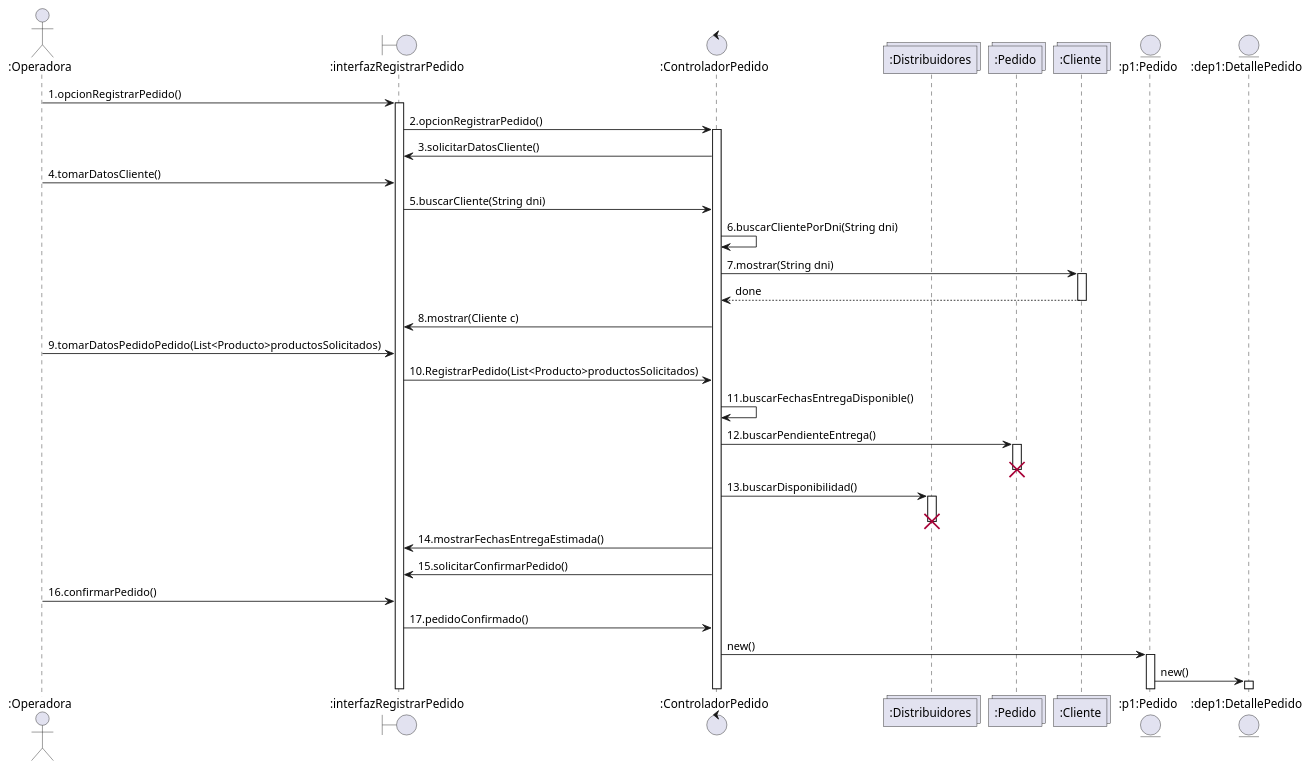
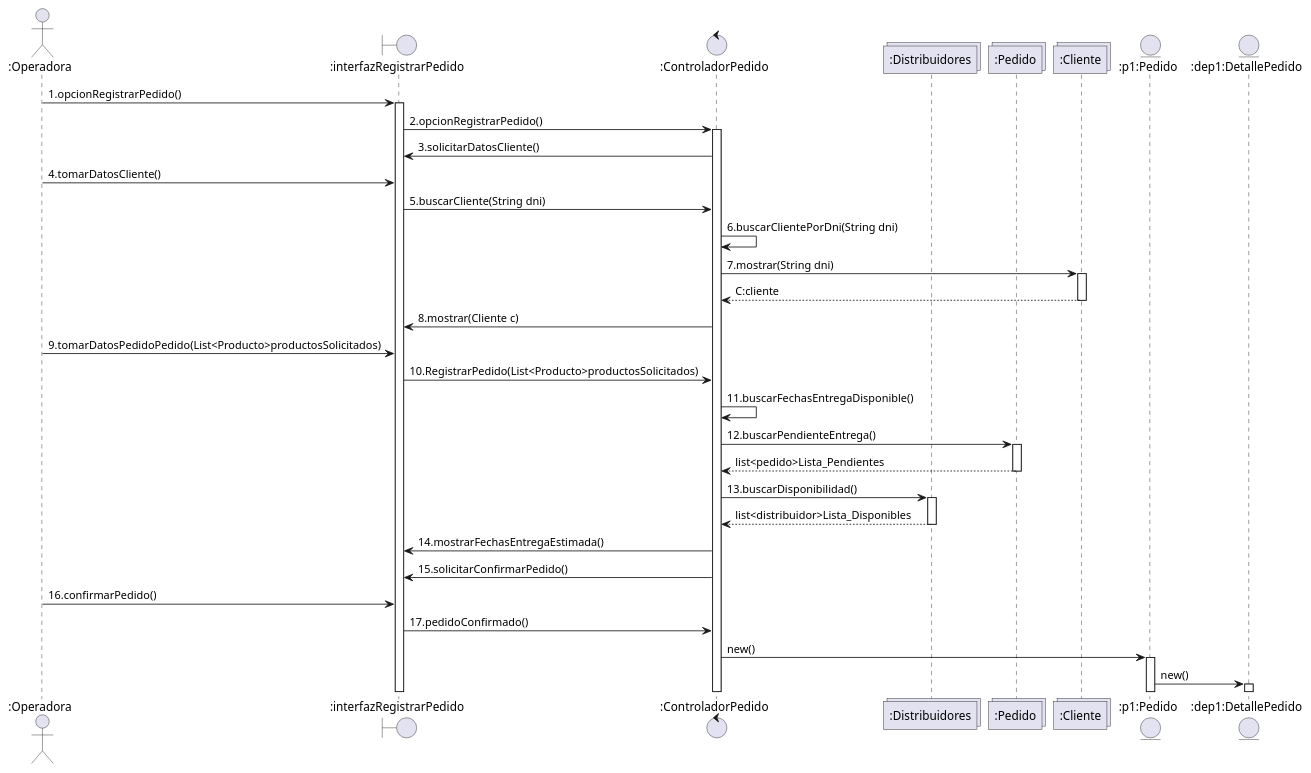
The diagram in Java/src/Final/Diagramas/Diagrama-de-Secuncia.puml (SecondPort/DOO1), drawn with PlantUML before and after one commit.

```diff
--- a/Java/src/Final/Diagramas/Diagrama-de-Secuncia.puml
+++ b/Java/src/Final/Diagramas/Diagrama-de-Secuncia.puml
@@ -1,43 +1,45 @@
 @startuml Registro-Pedidos
 
 actor ":Operadora" as O
 boundary ":interfazRegistrarPedido" as RP
 control ":ControladorPedido" as CP
 collections ":Distribuidores" as D
 collections ":Pedido" as P
 collections ":Cliente" as C
 entity ":p1:Pedido" as P1
 entity ":dep1:DetallePedido" as DP1
 
 O -> RP : 1.opcionRegistrarPedido()
 activate RP
 RP -> CP : 2.opcionRegistrarPedido()
 activate CP
 CP -> RP : 3.solicitarDatosCliente()
 O -> RP : 4.tomarDatosCliente()
 RP -> CP : 5.buscarCliente(String dni)
 CP -> CP : 6.buscarClientePorDni(String dni)
 CP -> C : 7.mostrar(String dni)
 activate C
-C --> CP : done
+C --> CP : C:cliente
 deactivate C
 CP -> RP : 8.mostrar(Cliente c)
 O -> RP : 9.tomarDatosPedidoPedido(List<Producto>productosSolicitados)
 RP -> CP : 10.RegistrarPedido(List<Producto>productosSolicitados)
 CP -> CP : 11.buscarFechasEntregaDisponible()
 CP -> P : 12.buscarPendienteEntrega()
 activate P
-destroy P
+P --> CP : list<pedido>Lista_Pendientes
+deactivate P
 CP -> D : 13.buscarDisponibilidad()
 activate D
-destroy D
+D --> CP : list<distribuidor>Lista_Disponibles
+deactivate D
 CP -> RP : 14.mostrarFechasEntregaEstimada()
 CP -> RP : 15.solicitarConfirmarPedido()
 O -> RP : 16.confirmarPedido()
 RP -> CP : 17.pedidoConfirmado()
 CP -> P1 : new()
 activate P1
 P1 -> DP1 : new()
 activate DP1
 
 @enduml
```
